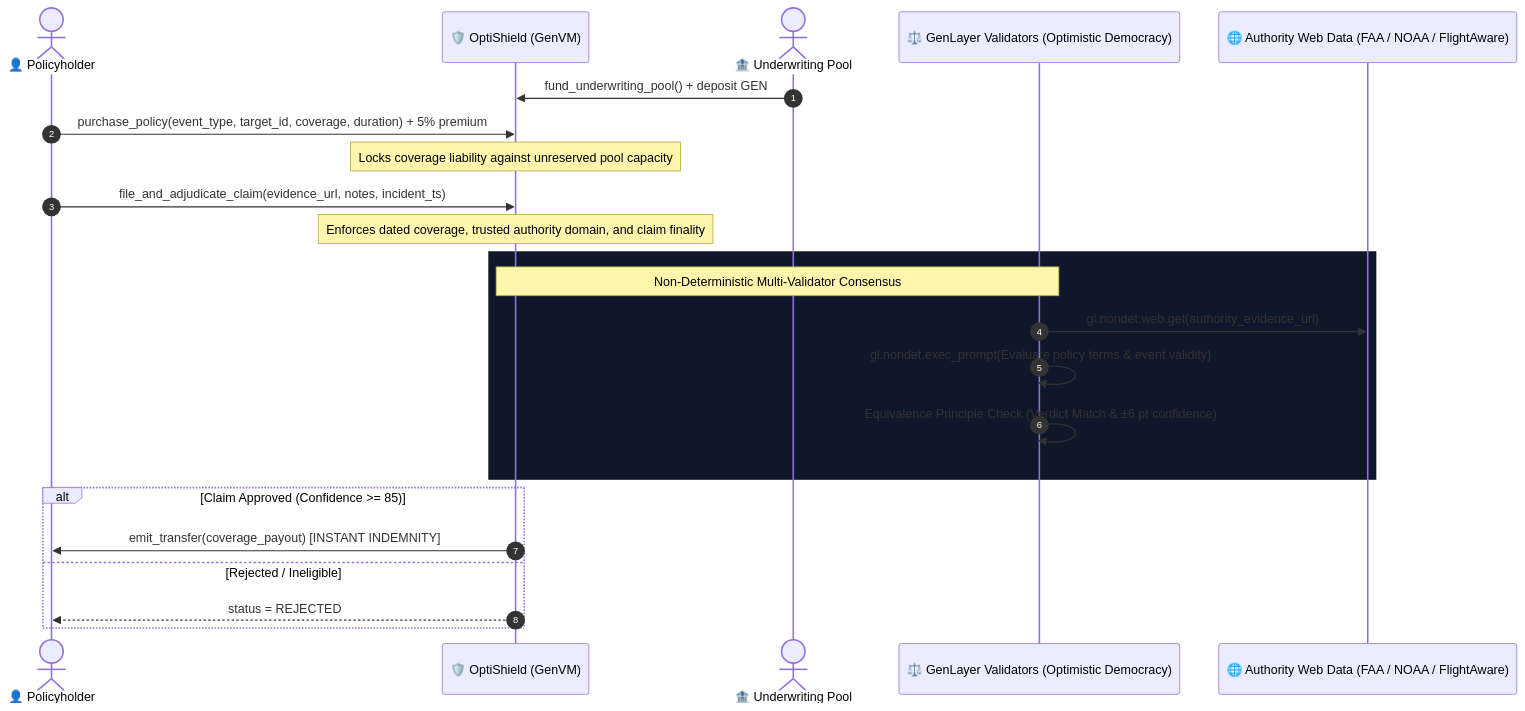
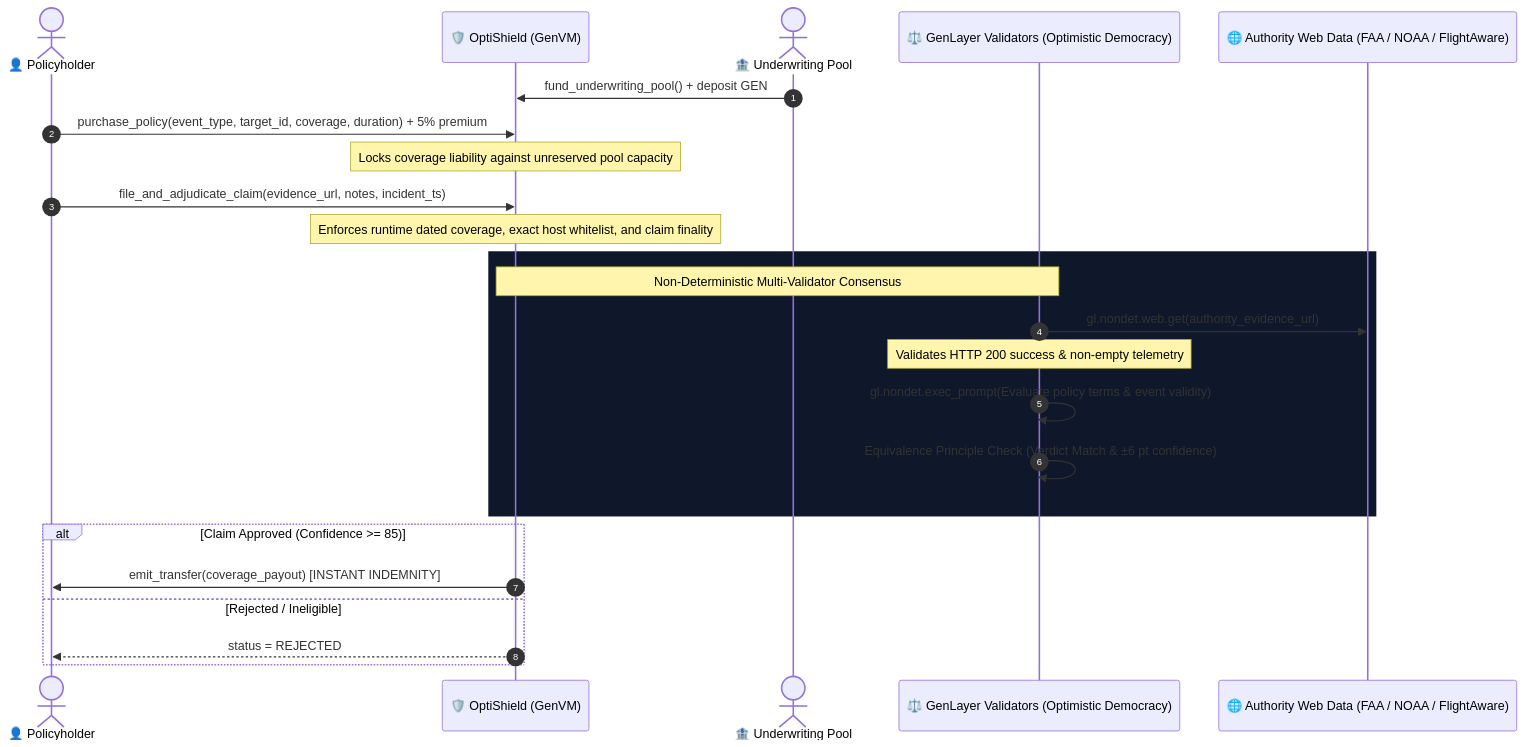
Before and after one commit to Lesnak1/optishield-insurance: the diagram in README.md, drawn with Mermaid. The commit also changed other lines of this file and 5 other files, not shown here.

Commit message:
fix(security): derive runtime block timing, strictly validate exact hostnames & fetch success, restrict expiry release, and update direct test suite

````diff
--- a/README.md
+++ b/README.md
@@ -43,28 +44,29 @@
 ```mermaid
 sequenceDiagram
     autonumber
     actor User as 👤 Policyholder
     participant OptiShield as 🛡️ OptiShield (GenVM)
     actor LP as 🏦 Underwriting Pool
     participant Validators as ⚖️ GenLayer Validators (Optimistic Democracy)
     participant Authority as 🌐 Authority Web Data (FAA / NOAA / FlightAware)
 
     LP->>OptiShield: fund_underwriting_pool() + deposit GEN
     User->>OptiShield: purchase_policy(event_type, target_id, coverage, duration) + 5% premium
     Note over OptiShield: Locks coverage liability against unreserved pool capacity
     User->>OptiShield: file_and_adjudicate_claim(evidence_url, notes, incident_ts)
-    Note over OptiShield: Enforces dated coverage, trusted authority domain, and claim finality
+    Note over OptiShield: Enforces runtime dated coverage, exact host whitelist, and claim finality
 
     rect rgb(15, 23, 42)
         Note over OptiShield,Validators: Non-Deterministic Multi-Validator Consensus
         Validators->>Authority: gl.nondet.web.get(authority_evidence_url)
+        Note over Validators: Validates HTTP 200 success & non-empty telemetry
         Validators->>Validators: gl.nondet.exec_prompt(Evaluate policy terms & event validity)
         Validators->>Validators: Equivalence Principle Check (Verdict Match & ±6 pt confidence)
     end
 
     alt Claim Approved (Confidence >= 85)
         OptiShield->>User: emit_transfer(coverage_payout) [INSTANT INDEMNITY]
     else Rejected / Ineligible
         OptiShield-->>User: status = REJECTED
     end
 ```
````
